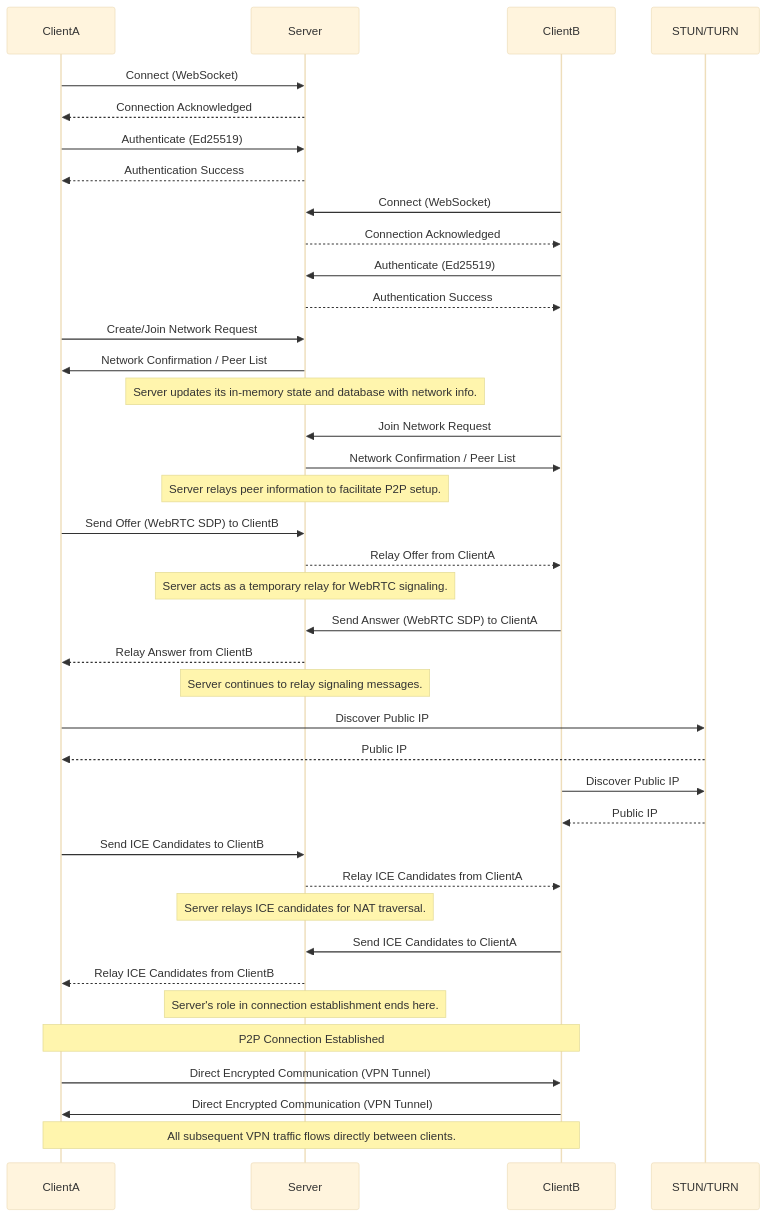
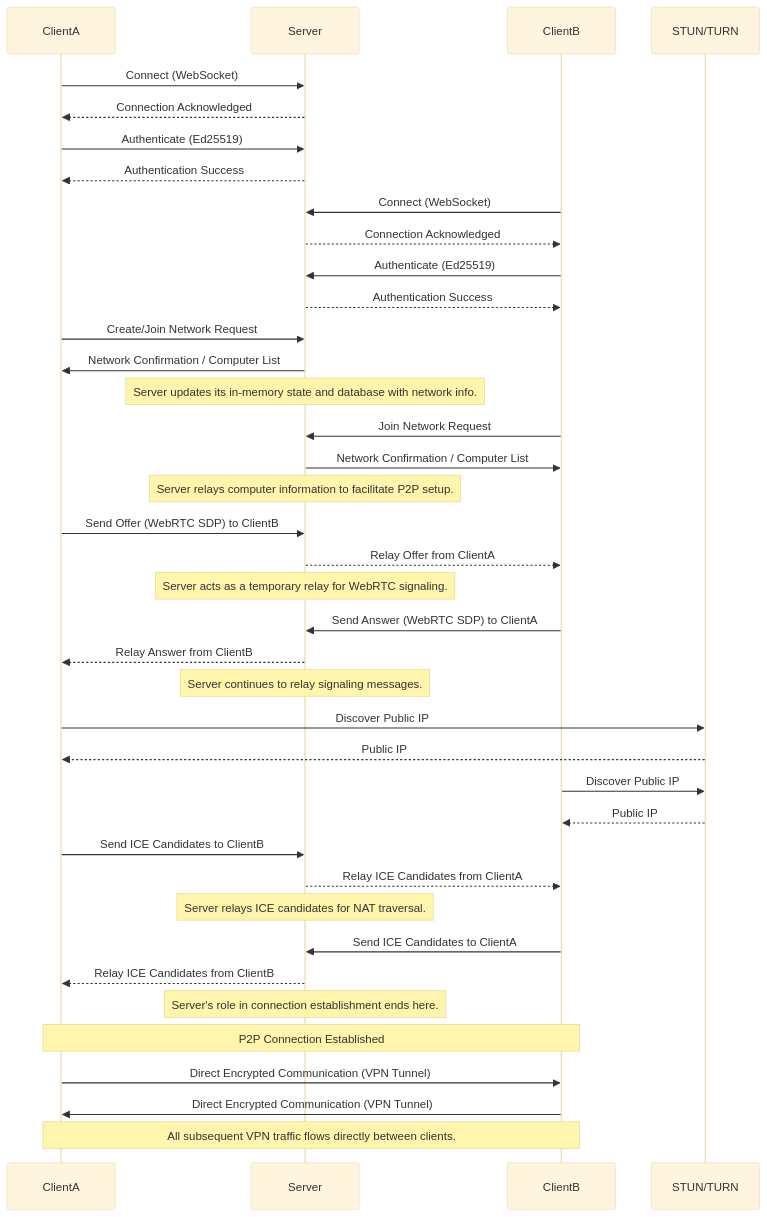
Before and after one commit to itxtoledo/goVPN: the diagram in README.md, drawn with Mermaid (base theme). The commit also changed other lines of this file and 14 other files, not shown here.

````diff
--- a/README.md
+++ b/README.md
@@ -66,52 +66,52 @@
 ```mermaid
 sequenceDiagram
     participant ClientA as ClientA
     participant Server as Server
     participant ClientB as ClientB
     participant STUN_TURN as STUN/TURN
 
     ClientA->>Server: Connect (WebSocket)
     Server-->>ClientA: Connection Acknowledged
     ClientA->>Server: Authenticate (Ed25519)
     Server-->>ClientA: Authentication Success
 
     ClientB->>Server: Connect (WebSocket)
     Server-->>ClientB: Connection Acknowledged
     ClientB->>Server: Authenticate (Ed25519)
     Server-->>ClientB: Authentication Success
 
     ClientA->>Server: Create/Join Network Request
-    Server->>ClientA: Network Confirmation / Peer List
+    Server->>ClientA: Network Confirmation / Computer List
     Note over Server: Server updates its in-memory state and database with network info.
 
     ClientB->>Server: Join Network Request
-    Server->>ClientB: Network Confirmation / Peer List
-    Note over Server: Server relays peer information to facilitate P2P setup.
+    Server->>ClientB: Network Confirmation / Computer List
+    Note over Server: Server relays computer information to facilitate P2P setup.
 
     ClientA->>Server: Send Offer (WebRTC SDP) to ClientB
     Server-->>ClientB: Relay Offer from ClientA
     Note over Server: Server acts as a temporary relay for WebRTC signaling.
 
     ClientB->>Server: Send Answer (WebRTC SDP) to ClientA
     Server-->>ClientA: Relay Answer from ClientB
     Note over Server: Server continues to relay signaling messages.
 
     ClientA->>STUN_TURN: Discover Public IP
     STUN_TURN-->>ClientA: Public IP
 
     ClientB->>STUN_TURN: Discover Public IP
     STUN_TURN-->>ClientB: Public IP
 
     ClientA->>Server: Send ICE Candidates to ClientB
     Server-->>ClientB: Relay ICE Candidates from ClientA
     Note over Server: Server relays ICE candidates for NAT traversal.
 
     ClientB->>Server: Send ICE Candidates to ClientA
     Server-->>ClientA: Relay ICE Candidates from ClientB
     Note over Server: Server's role in connection establishment ends here.
 
     Note over ClientA,ClientB: P2P Connection Established
     ClientA->>ClientB: Direct Encrypted Communication (VPN Tunnel)
     ClientB->>ClientA: Direct Encrypted Communication (VPN Tunnel)
     Note over ClientA,ClientB: All subsequent VPN traffic flows directly between clients.
 ```
````
